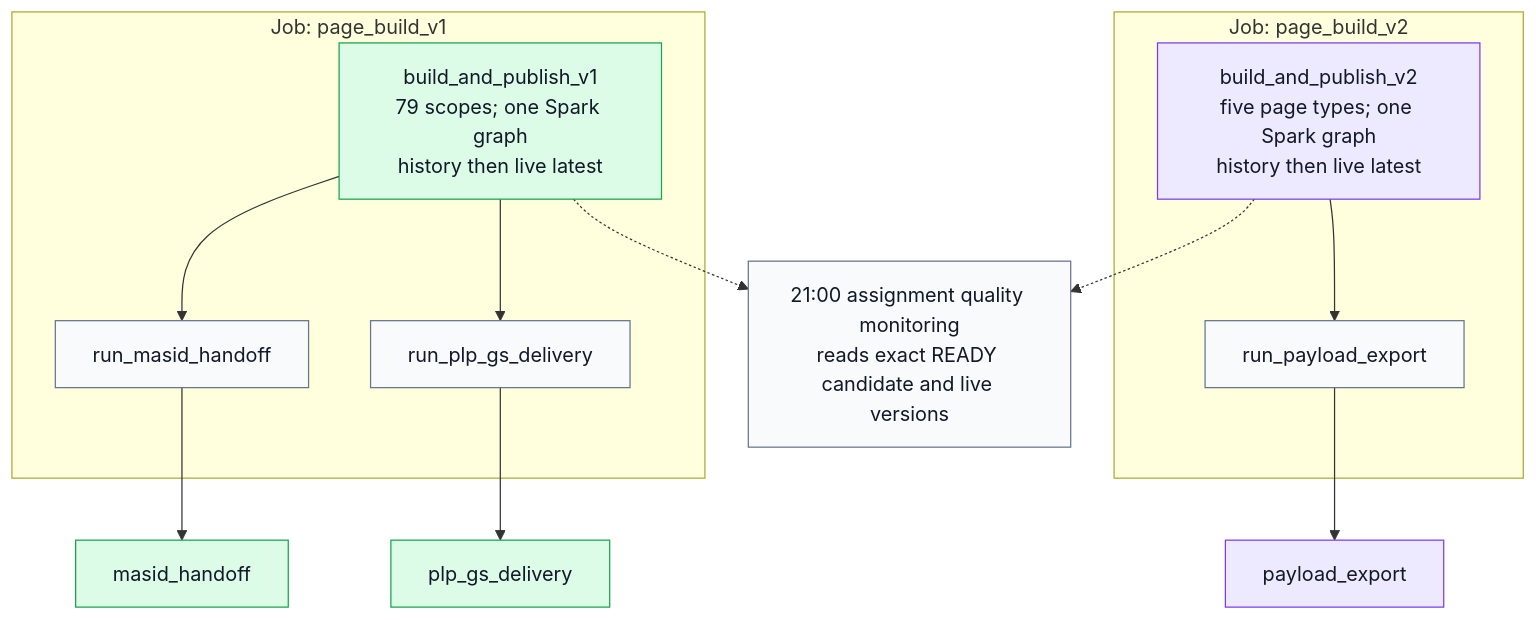
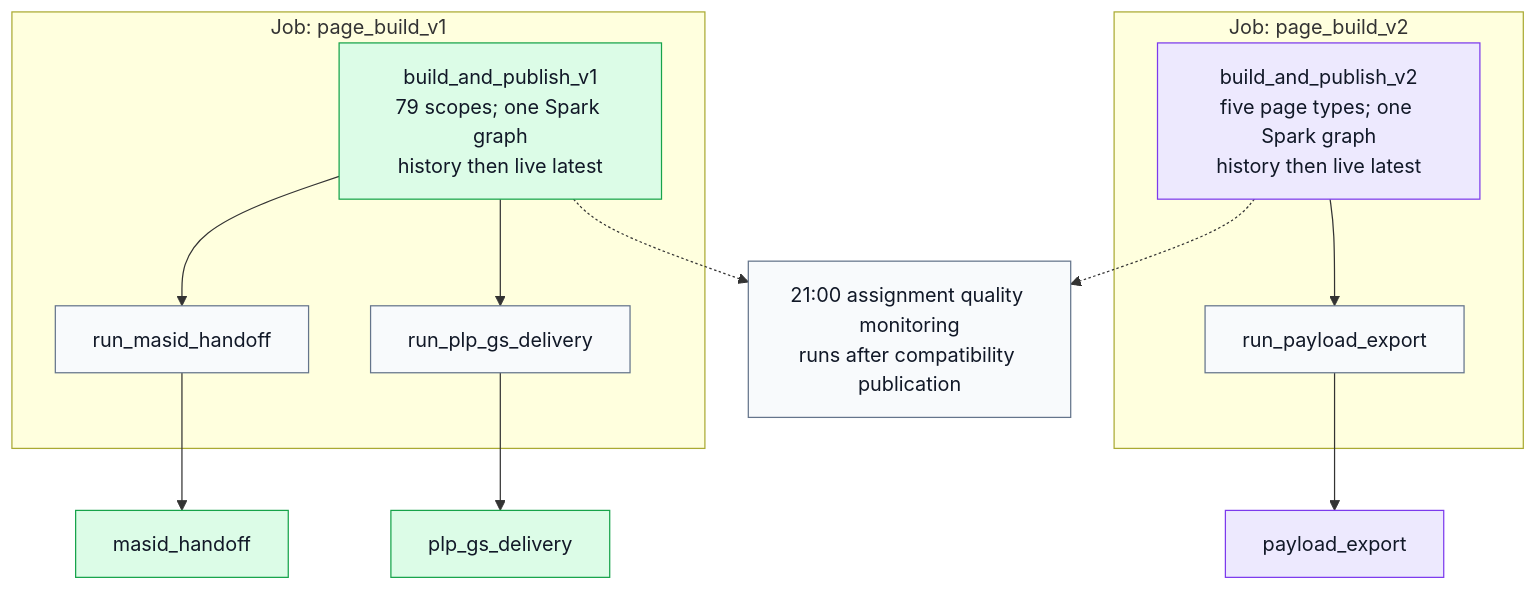
One commit to swblain-glyndwr/personal_project changed the fourth of 8 diagrams in docs/CICD/nextads_databricks_runtime_map.md. Above: the diagram before and after it, drawn with Mermaid. The commit also changed other lines of this file and 10 other files, not shown here.

````diff
--- a/docs/CICD/nextads_databricks_runtime_map.md
+++ b/docs/CICD/nextads_databricks_runtime_map.md
@@ -276,25 +281,25 @@
 ```mermaid
 flowchart TD
   classDef v1 fill:#dcfce7,stroke:#16a34a,color:#111827
   classDef v2 fill:#ede9fe,stroke:#7c3aed,color:#111827
   classDef trigger fill:#f8fafc,stroke:#64748b,color:#111827
 
   subgraph V1_PAGE_BUILD["Job: page_build_v1"]
     build_and_publish_v1["build_and_publish_v1<br/>79 scopes; one Spark graph<br/>history then live latest"]:::v1
     run_masid_handoff["run_masid_handoff"]:::trigger
     run_plp_gs_delivery["run_plp_gs_delivery"]:::trigger
     build_and_publish_v1 --> run_masid_handoff
     build_and_publish_v1 --> run_plp_gs_delivery
   end
   subgraph V2_PAGE_BUILD["Job: page_build_v2"]
     build_and_publish_v2["build_and_publish_v2<br/>five page types; one Spark graph<br/>history then live latest"]:::v2
     run_payload_export["run_payload_export"]:::trigger
     build_and_publish_v2 --> run_payload_export
   end
   run_masid_handoff --> masid["masid_handoff"]:::v1
   run_payload_export --> payload["payload_export"]:::v2
   run_plp_gs_delivery --> plp["plp_gs_delivery"]:::v1
-  quality["21:00 assignment quality monitoring<br/>reads exact READY candidate and live versions"]:::trigger
+  quality["21:00 assignment quality monitoring<br/>runs after compatibility publication"]:::trigger
   build_and_publish_v1 -.-> quality
   build_and_publish_v2 -.-> quality
 ```
````
